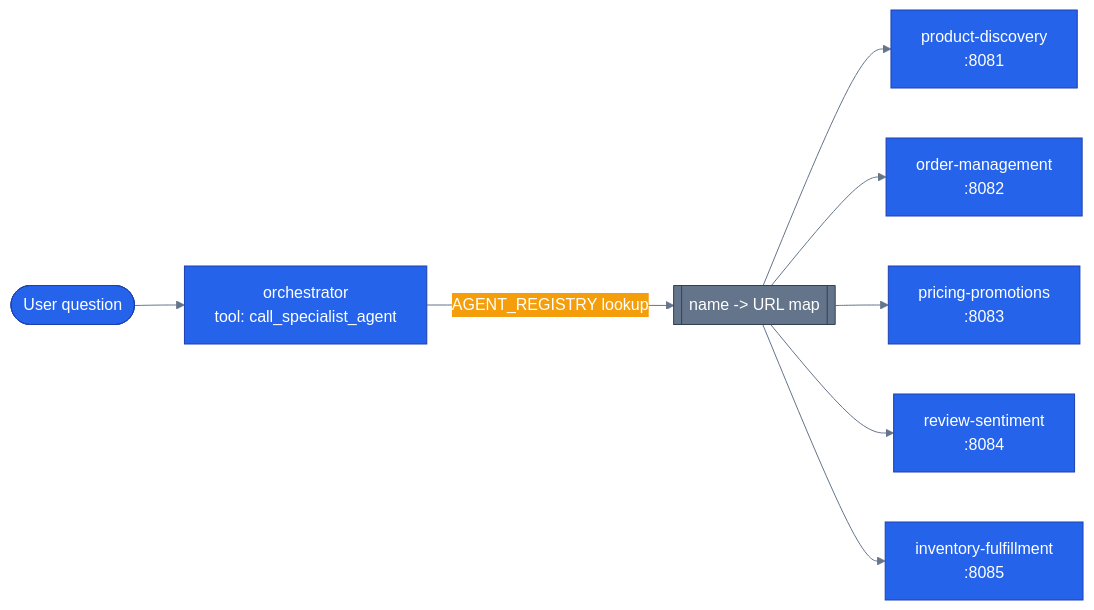
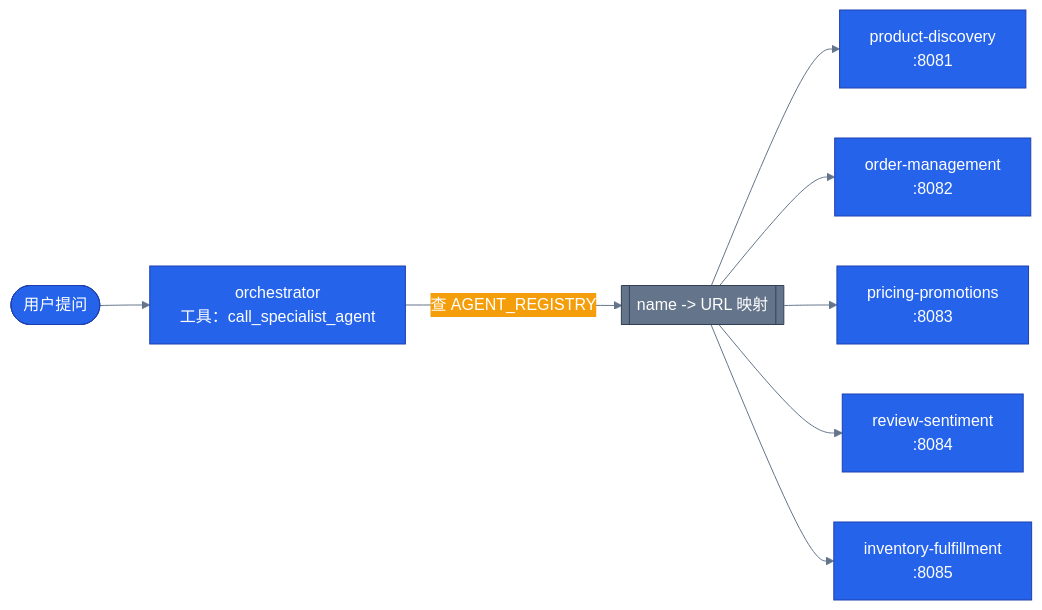
Before and after one commit to s1encisi/reliable-commerce-agents: the diagram in docs/concepts/05-why-multi-agent.md, drawn with Mermaid. The commit also changed other lines of this file and 1033 other files, not shown here.

````diff
--- a/docs/concepts/05-why-multi-agent.md
+++ b/docs/concepts/05-why-multi-agent.md
@@ -87,20 +73,20 @@
 ```mermaid
 %%{init: {'theme':'base', 'themeVariables': {
   'primaryColor': '#2563eb','primaryTextColor': '#ffffff','primaryBorderColor': '#1e40af',
   'lineColor': '#64748b','secondaryColor': '#f59e0b','tertiaryColor': '#10b981',
   'background': 'transparent'}}}%%
 flowchart LR
   classDef core     fill:#2563eb,stroke:#1e40af,color:#ffffff
   classDef infra    fill:#64748b,stroke:#334155,color:#ffffff
 
-  user(["User question"]) --> orch["orchestrator<br/>tool: call_specialist_agent"]
-  orch -->|AGENT_REGISTRY lookup| registry[["name -> URL map"]]
+  user(["用户提问"]) --> orch["orchestrator<br/>工具：call_specialist_agent"]
+  orch -->|查 AGENT_REGISTRY| registry[["name -> URL 映射"]]
   registry --> pd["product-discovery<br/>:8081"]
   registry --> om["order-management<br/>:8082"]
   registry --> pp["pricing-promotions<br/>:8083"]
   registry --> rs["review-sentiment<br/>:8084"]
   registry --> inv["inventory-fulfillment<br/>:8085"]
 
   class orch,pd,om,pp,rs,inv core
   class registry infra
 ```
````
